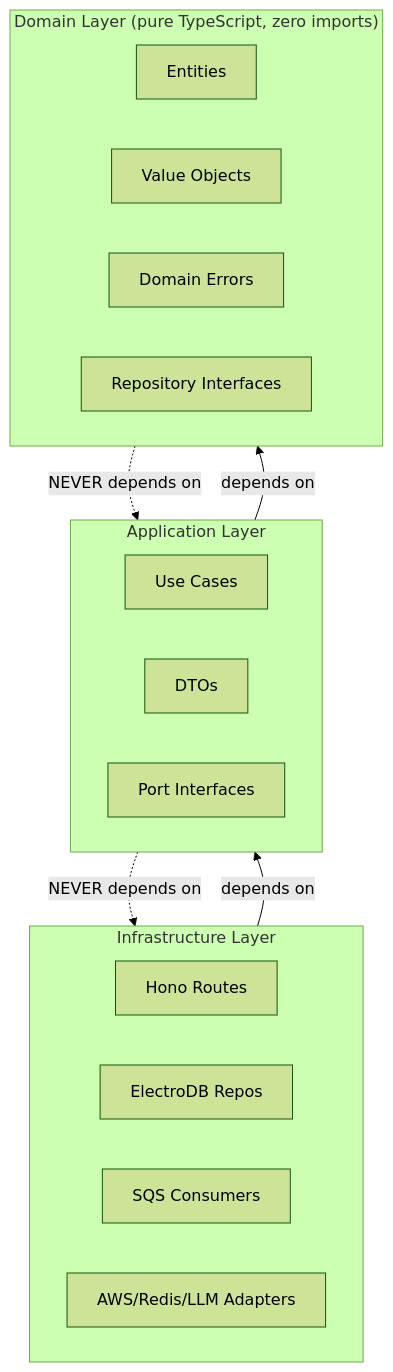
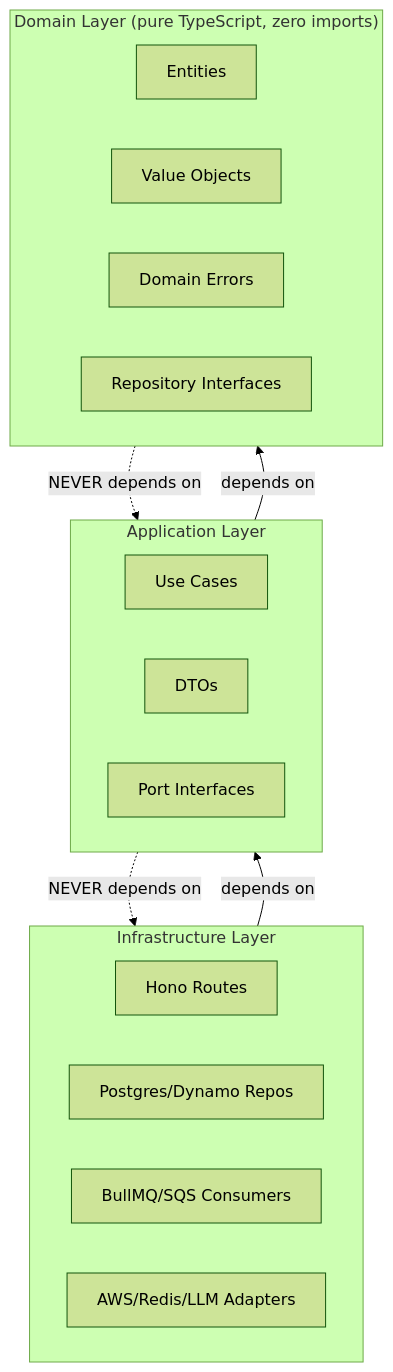
The third of 4 diagrams in core/README.md (vinicius91carvalho/causeflow-ai), drawn with Mermaid (forest theme) before and after one commit. The commit also changed other lines of this file and 27 other files, not shown here.

````diff
--- a/core/README.md
+++ b/core/README.md
@@ -148,29 +148,29 @@
 ```mermaid
 graph TD
     subgraph INFRA["Infrastructure Layer"]
         direction LR
         Routes["Hono Routes"]
-        Repos["ElectroDB Repos"]
-        Consumers["SQS Consumers"]
+        Repos["Postgres/Dynamo Repos"]
+        Consumers["BullMQ/SQS Consumers"]
         Adapters["AWS/Redis/LLM Adapters"]
     end
 
     subgraph APP["Application Layer"]
         direction LR
         UseCases["Use Cases"]
         DTOs["DTOs"]
         Ports["Port Interfaces"]
     end
 
     subgraph DOMAIN["Domain Layer (pure TypeScript, zero imports)"]
         direction LR
         Entities["Entities"]
         ValueObjects["Value Objects"]
         Errors["Domain Errors"]
         RepoInterfaces["Repository Interfaces"]
     end
 
     INFRA -->|depends on| APP -->|depends on| DOMAIN
     DOMAIN -.->|NEVER depends on| APP
     APP -.->|NEVER depends on| INFRA
 ```
````
